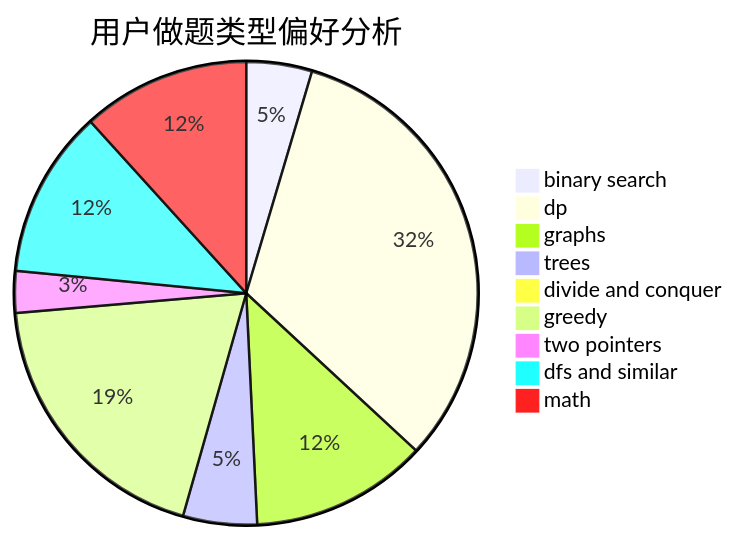
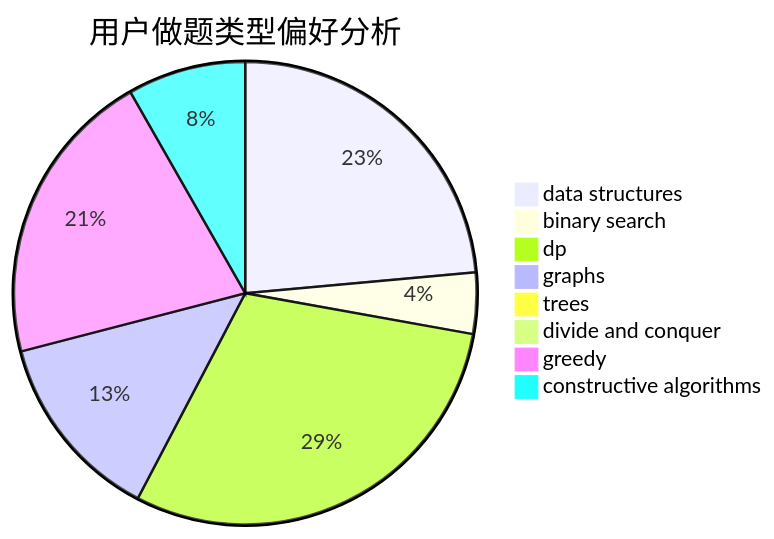
One commit to sherpahu/cfrs.github.io changed the second of 3 diagrams in docs/user/u224.md. Above: the diagram before and after it, drawn with Mermaid. The commit also changed other lines of this file and 2775 other files, not shown here.

````diff
--- a/docs/user/u224.md
+++ b/docs/user/u224.md
@@ -23,12 +23,11 @@
 ```mermaid
 pie title 用户做题类型偏好分析
-    "binary search" :  88
-    "dp" :  620
-    "graphs" :  237
-    "trees" :  99
-    "divide and conquer" :  11
-    "greedy" :  369
-    "two pointers" :  56
-    "dfs and similar" :  225
-    "math" :  225
+    "data structures" :  408
+    "binary search" :  74
+    "dp" :  517
+    "graphs" :  230
+    "trees" :  16
+    "divide and conquer" :  8
+    "greedy" :  360
+    "constructive algorithms" :  143
 ```
````
